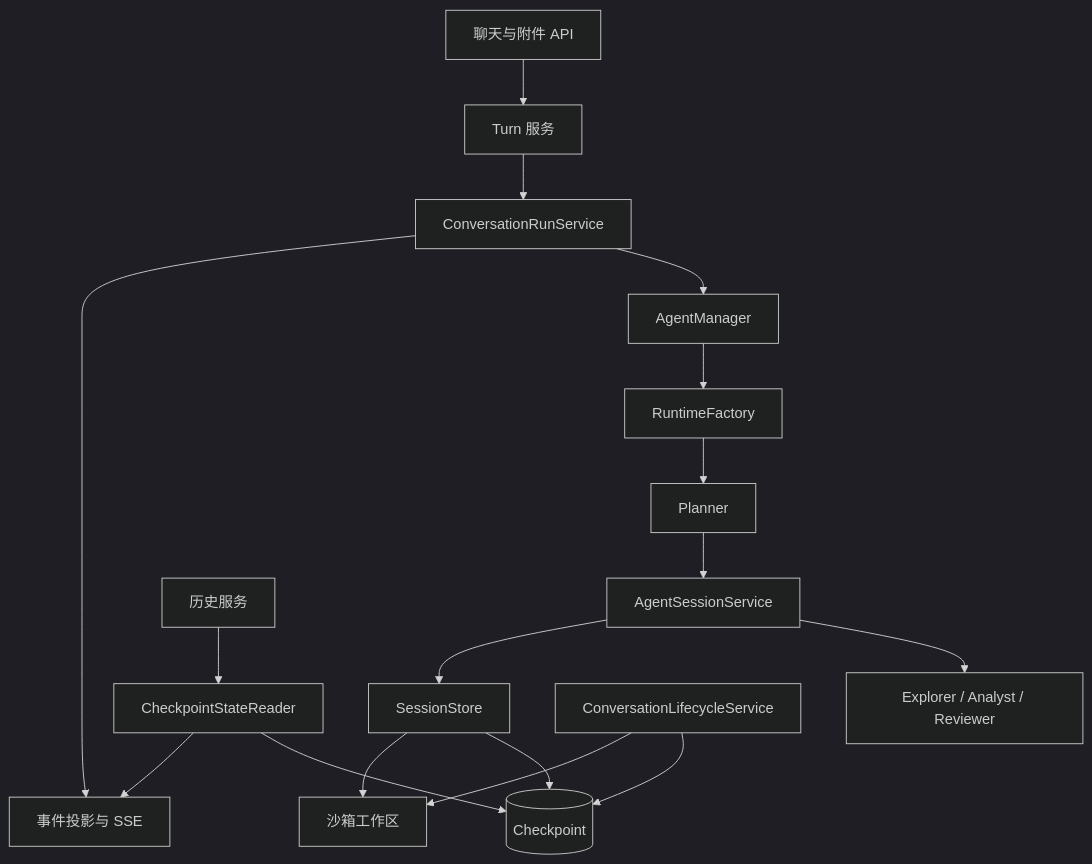
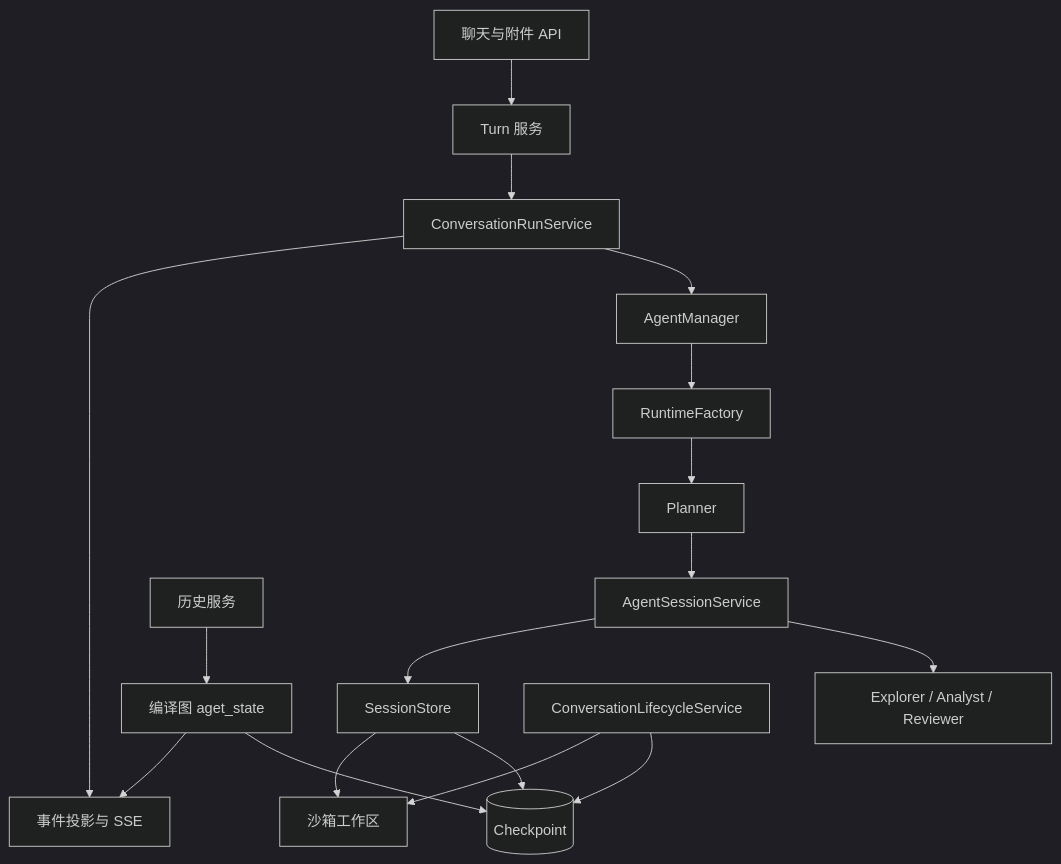
Before and after one commit to 2739673455/dataagent: the first of 2 diagrams in docs/06_对话与多智能体协作.md, drawn with Mermaid (dark theme). The commit also changed other lines of this file and 33 other files, not shown here.

Commit message:
refactor(assistant): use native graph state and simplify session runtime

````diff
--- a/docs/06_对话与多智能体协作.md
+++ b/docs/06_对话与多智能体协作.md
@@ -7,19 +7,19 @@
 ```mermaid
 flowchart TD
     API[聊天与附件 API] --> TURN[Turn 服务]
     TURN --> RUN[ConversationRunService]
     RUN --> MANAGER[AgentManager]
     MANAGER --> FACTORY[RuntimeFactory]
     FACTORY --> PLANNER[Planner]
     PLANNER --> SESSION[AgentSessionService]
     SESSION --> SPECIALIST[Explorer / Analyst / Reviewer]
     SESSION --> STORE[SessionStore]
     STORE --> PG[(Checkpoint)]
     STORE --> SANDBOX[沙箱工作区]
     RUN --> EVENTS[事件投影与 SSE]
-    HISTORY[历史服务] --> READER[CheckpointStateReader]
+    HISTORY[历史服务] --> READER[编译图 aget_state]
     READER --> PG
     READER --> EVENTS
     LIFE[ConversationLifecycleService] --> PG
     LIFE --> SANDBOX
 ```
````
